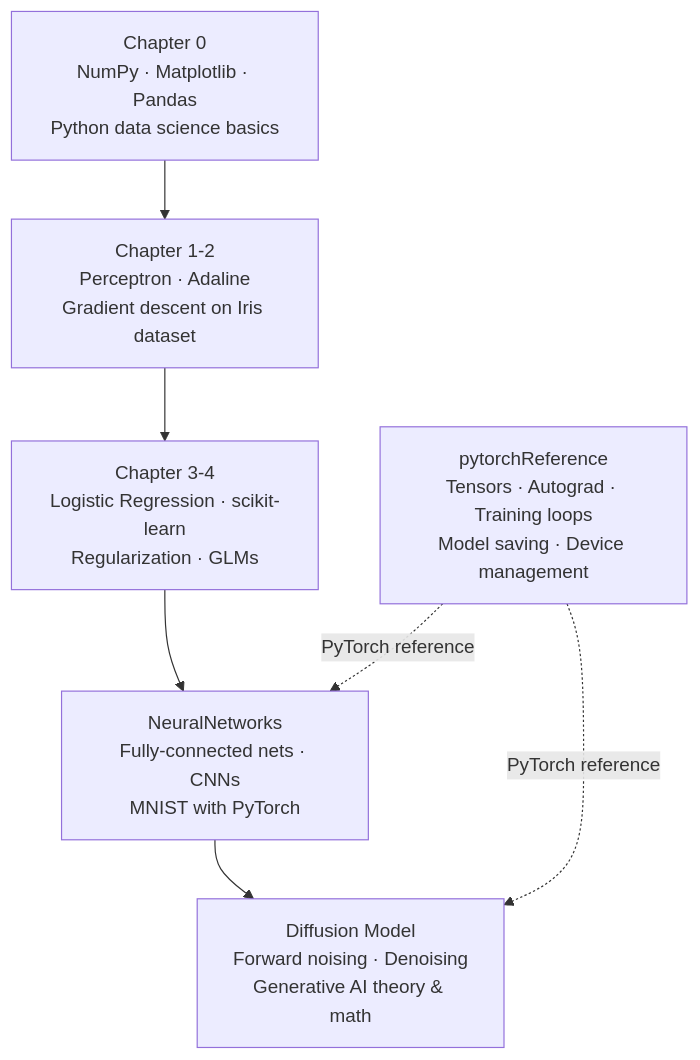
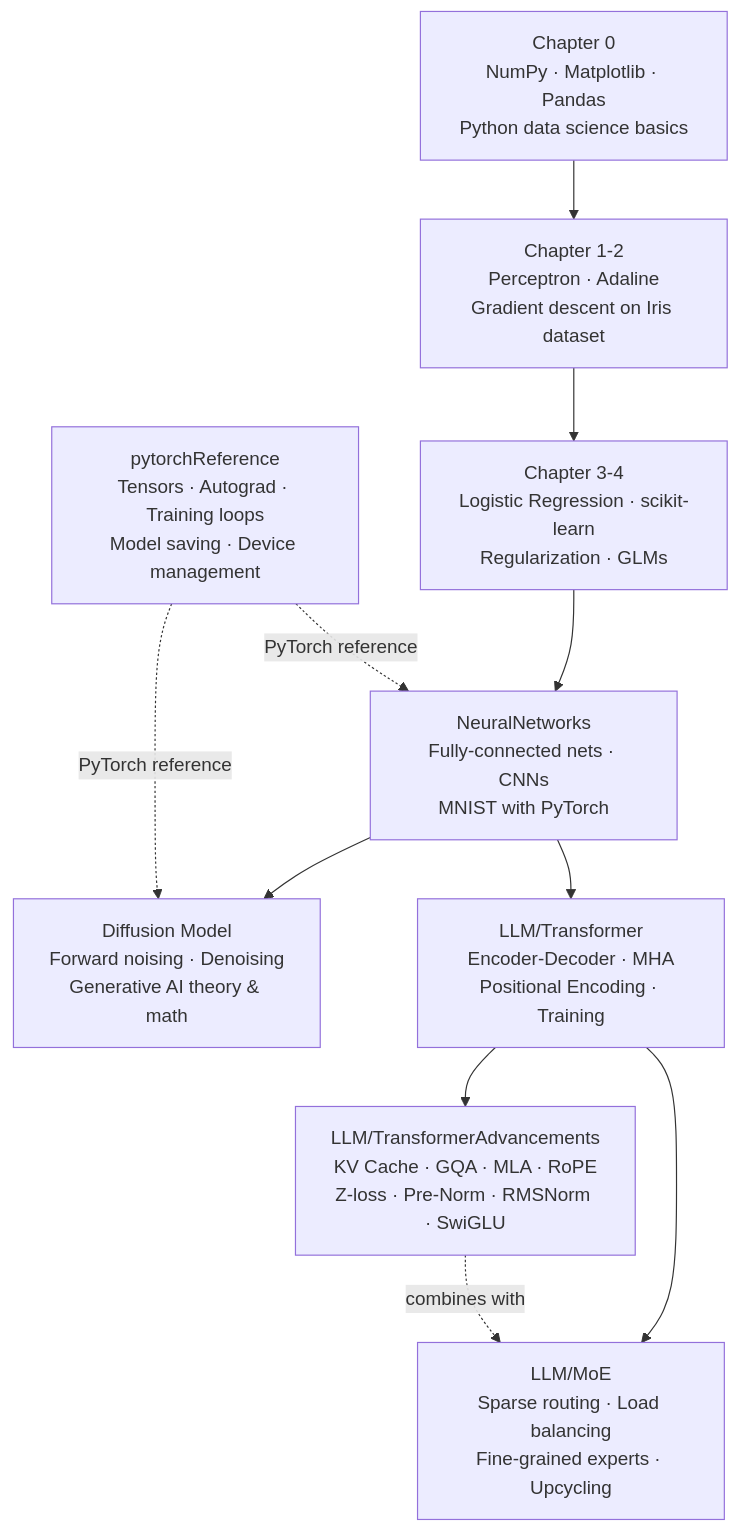
Before and after one commit to NamTran2048/Machine-Learning: the diagram in README.md, drawn with Mermaid. The commit also changed other lines of this file, not shown here.

````diff
--- a/README.md
+++ b/README.md
@@ -21,13 +25,20 @@
 ```mermaid
 flowchart TD
     A["Chapter 0\nNumPy · Matplotlib · Pandas\nPython data science basics"]
     B["Chapter 1-2\nPerceptron · Adaline\nGradient descent on Iris dataset"]
     C["Chapter 3-4\nLogistic Regression · scikit-learn\nRegularization · GLMs"]
     D["NeuralNetworks\nFully-connected nets · CNNs\nMNIST with PyTorch"]
     E["Diffusion Model\nForward noising · Denoising\nGenerative AI theory & math"]
     F["pytorchReference\nTensors · Autograd · Training loops\nModel saving · Device management"]
+    G["LLM/Transformer\nEncoder-Decoder · MHA\nPositional Encoding · Training"]
+    H["LLM/TransformerAdvancements\nKV Cache · GQA · MLA · RoPE\nZ-loss · Pre-Norm · RMSNorm · SwiGLU"]
+    I["LLM/MoE\nSparse routing · Load balancing\nFine-grained experts · Upcycling"]
 
     A --> B --> C --> D --> E
+    D --> G
+    G --> H
+    G --> I
+    H -. "combines with" .-> I
     F -. "PyTorch reference" .-> D
     F -. "PyTorch reference" .-> E
 ```
````
